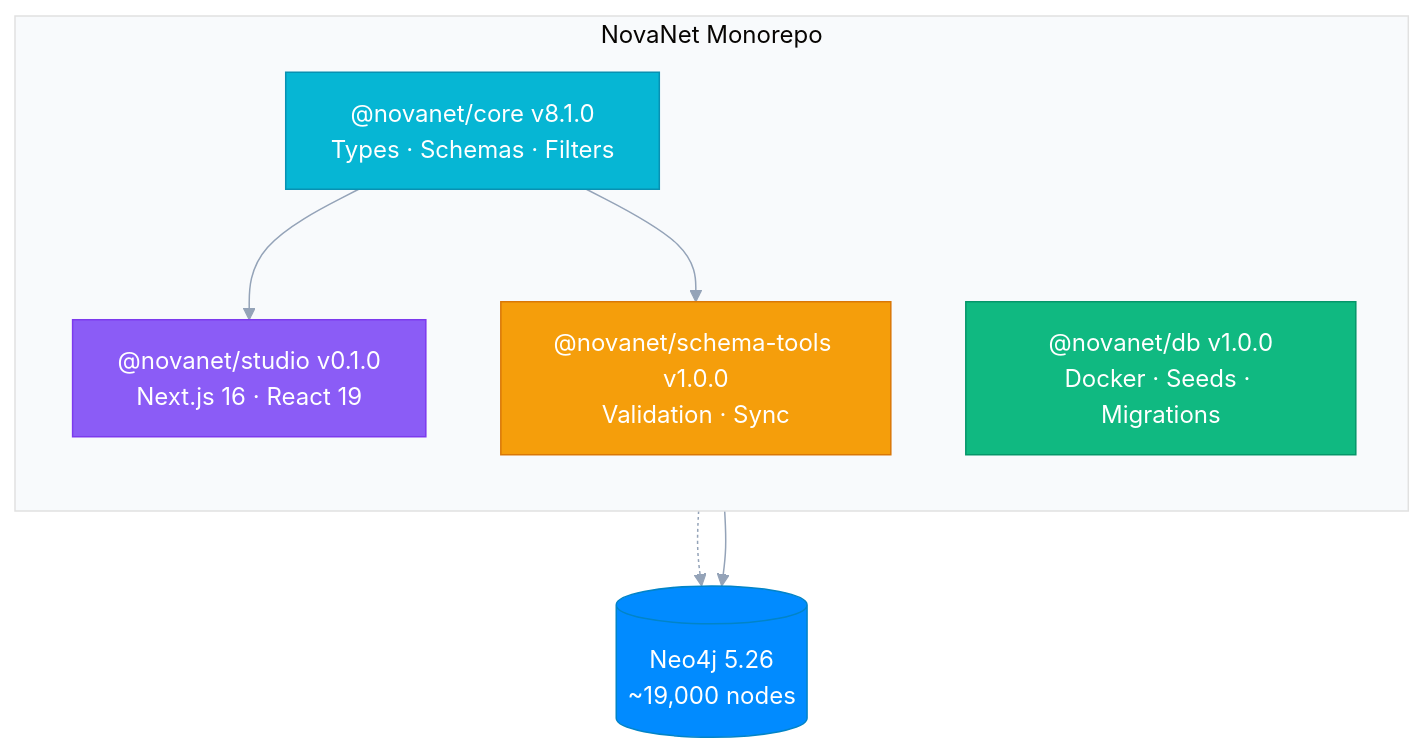
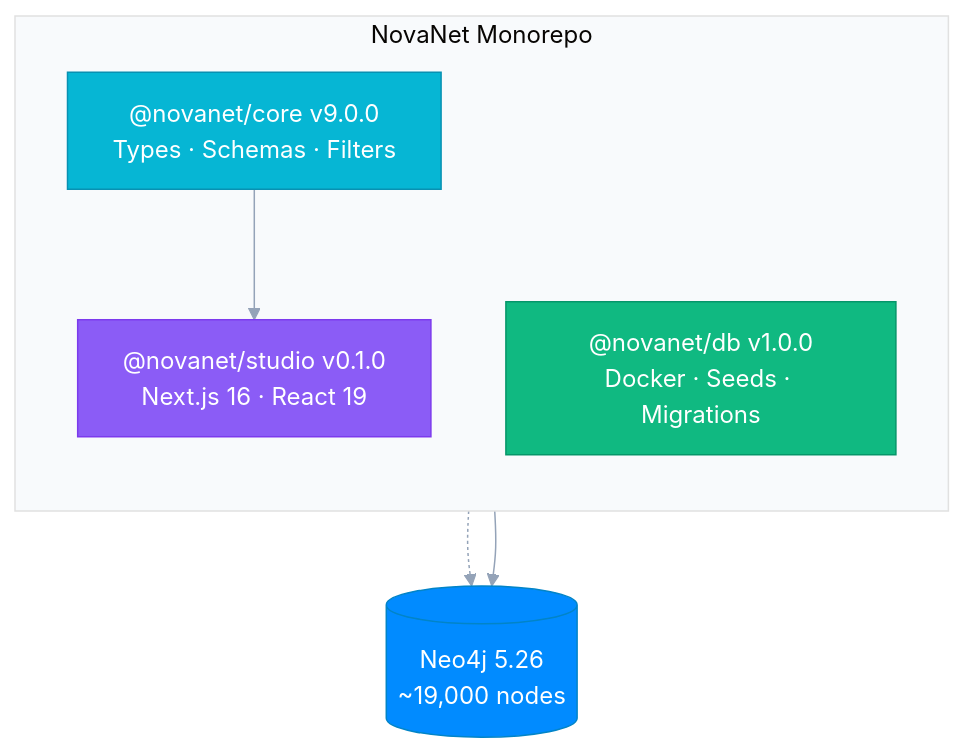
Before and after one commit to supernovae-st/novanet: the diagram in README.md, drawn with Mermaid. The commit also changed other lines of this file and 16 other files, not shown here.

````diff
--- a/README.md
+++ b/README.md
@@ -43,31 +43,28 @@
 ```mermaid
 %%{init: {'theme': 'base', 'themeVariables': {
   'primaryColor': '#6366f1',
   'primaryTextColor': '#fff',
   'primaryBorderColor': '#4f46e5',
   'lineColor': '#94a3b8',
   'secondaryColor': '#06b6d4',
   'tertiaryColor': '#f8fafc'
 }}}%%
 flowchart TB
     subgraph MONO["NovaNet Monorepo"]
         direction TB
-        CORE["@novanet/core v8.1.0\nTypes · Schemas · Filters"]
+        CORE["@novanet/core v9.0.0\nTypes · Schemas · Filters"]
         DB["@novanet/db v1.0.0\nDocker · Seeds · Migrations"]
-        ST["@novanet/schema-tools v1.0.0\nValidation · Sync"]
         STUDIO["@novanet/studio v0.1.0\nNext.js 16 · React 19"]
     end
 
     CORE --> STUDIO
-    CORE --> ST
 
     NEO4J[("Neo4j 5.26\n~19,000 nodes")]
     DB -.-> NEO4J
     STUDIO --> NEO4J
 
     style CORE fill:#06b6d4,stroke:#0891b2,color:#fff
     style DB fill:#10b981,stroke:#059669,color:#fff
-    style ST fill:#f59e0b,stroke:#d97706,color:#fff
     style STUDIO fill:#8b5cf6,stroke:#7c3aed,color:#fff
     style NEO4J fill:#018bff,stroke:#0284c7,color:#fff
 ```
````
